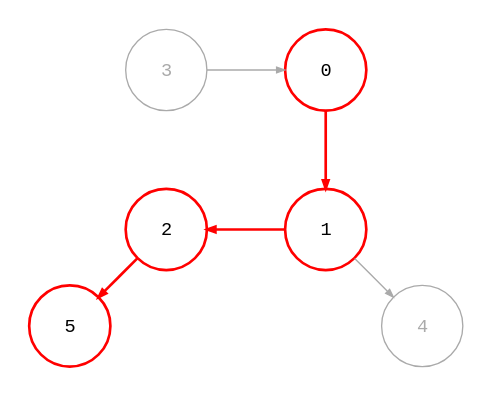
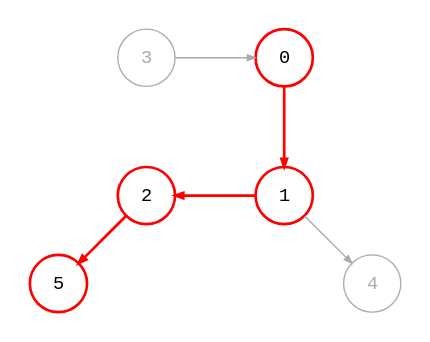
One commit to bsdrks/graaf-images changed the diagram in src/bfs_pred_shortest_path_1-0.87.4.dot. Above: the diagram before and after it, drawn with Graphviz. The commit also changed 76 other files, not shown here.

```diff
--- a/src/bfs_pred_shortest_path_1-0.87.4.dot
+++ b/src/bfs_pred_shortest_path_1-0.87.4.dot
@@ -1,100 +1,100 @@
 digraph {
-    node [shape=circle, fontname="monospace", fixedsize=true, width="0.85"];
+    node [shape=circle, fontname="monospace", fixedsize=true, width="0.6"];
     edge [arrowsize=0.6, fontname="monospace", fontsize=9];
     layout=circo;
     scale=1.0;
     normalize=true;
     pad=0.2;
     splines=line
 
     3, 4 [color="#aaaaaa", fontcolor="#aaaaaa"];
     0, 1, 2, 5 [style=bold, color=red];
 
     0 [
         label=<
-            <table border="0" cellpadding="0" cellspacing="0">
+            <table border="0" cellpadding="1" cellspacing="0">
                 <tr>
                     <td>0</td>
                 </tr>
             </table>
         >,
         color=red,
         style=bold
     ];
 
     1 [
         label=<
-            <table border="0" cellpadding="0" cellspacing="0">
+            <table border="0" cellpadding="1" cellspacing="0">
                 <tr>
                     <td>1</td>
                 </tr>
             </table>
         >,
         color=red,
         style=bold
     ];
 
     2 [
         label=<
-            <table border="0" cellpadding="0" cellspacing="0">
+            <table border="0" cellpadding="1" cellspacing="0">
                 <tr>
                     <td>2</td>
                 </tr>
             </table>
         >,
     ];
 
     3 [
         label=<
-            <table border="0" cellpadding="0" cellspacing="0">
+            <table border="0" cellpadding="1" cellspacing="0">
                 <tr>
                     <td>3</td>
                 </tr>
             </table>
         >,
     ];
 
     4 [
         label=<
-            <table border="0" cellpadding="0" cellspacing="0">
+            <table border="0" cellpadding="1" cellspacing="0">
                 <tr>
                     <td>4</td>
                 </tr>
             </table>
         >,
     ];
 
     5 [
         label=<
-            <table border="0" cellpadding="0" cellspacing="0">
+            <table border="0" cellpadding="1" cellspacing="0">
                 <tr>
                     <td>5</td>
                 </tr>
             </table>
         >,
     ];
 
 
     0 -> 1 [
         style=bold;
         color=red;
     ];
 
     3 -> 0 [color="#aaaaaa"];
 
     1 -> 2 [
         style=bold;
         color=red;
     ];
 
     2 -> 3 [style=invis];
 
     1 -> 4 [
         color="#aaaaaa";
     ];
 
     2 -> 5 [
         style=bold;
         color=red;
     ];
 }
```
